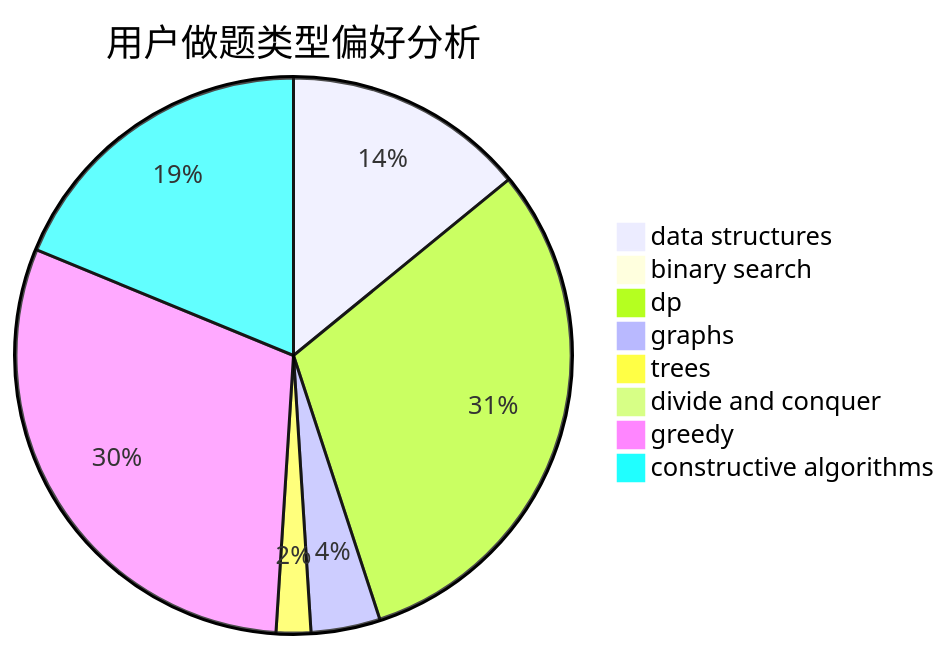
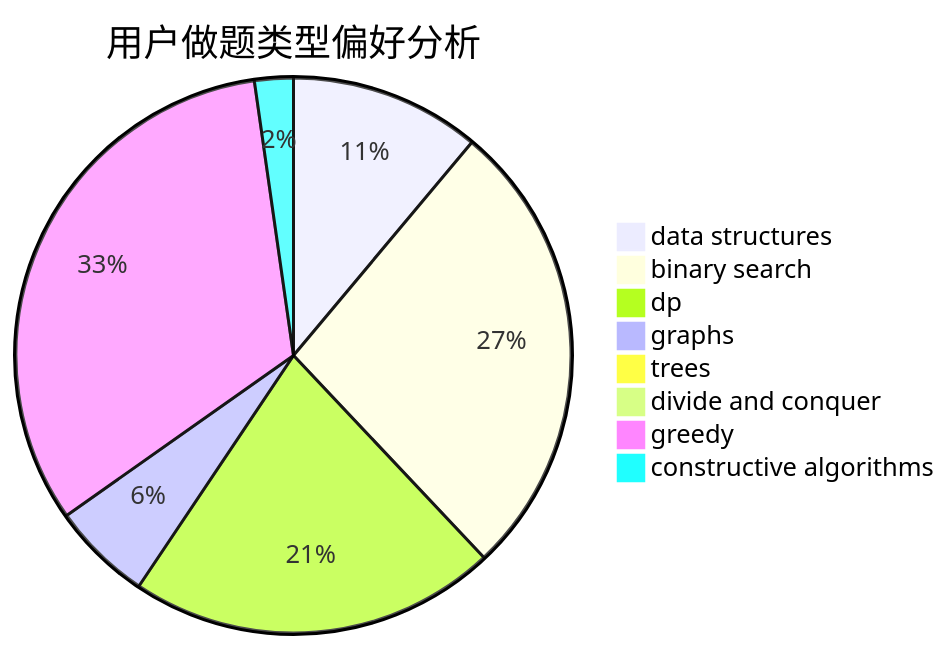
One commit to sherpahu/cfrs.github.io changed the second of 3 diagrams in docs/user/u2362.md. Above: the diagram before and after it, drawn with Mermaid. The commit also changed other lines of this file and 2770 other files, not shown here.

````diff
--- a/docs/user/u2362.md
+++ b/docs/user/u2362.md
@@ -23,11 +23,11 @@
 ```mermaid
 pie title 用户做题类型偏好分析
-    "data structures" :  21
-    "binary search" :  0
-    "dp" :  46
-    "graphs" :  6
-    "trees" :  3
+    "data structures" :  59
+    "binary search" :  143
+    "dp" :  114
+    "graphs" :  31
+    "trees" :  0
     "divide and conquer" :  0
-    "greedy" :  45
-    "constructive algorithms" :  28
+    "greedy" :  173
+    "constructive algorithms" :  12
 ```
````
